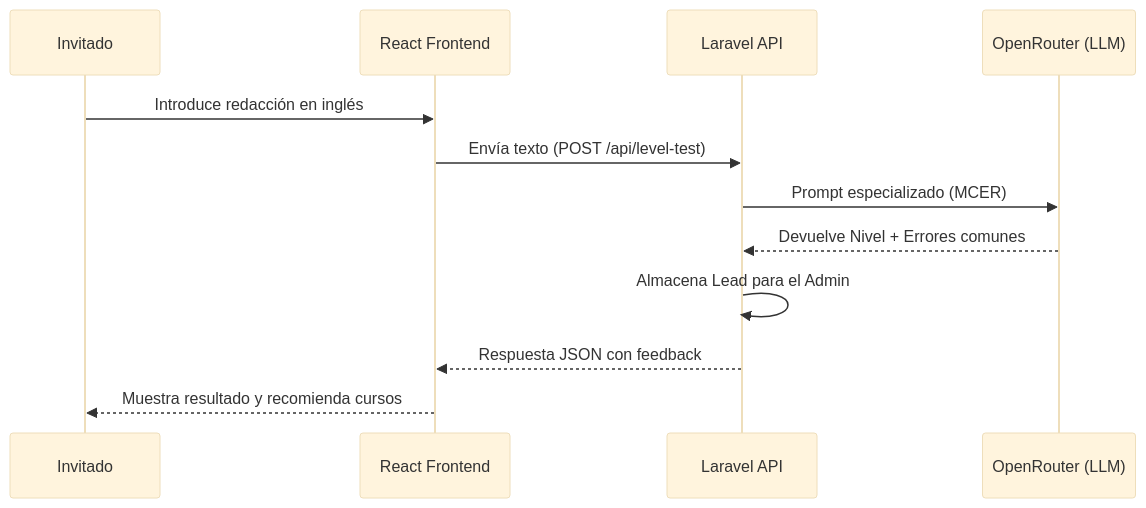
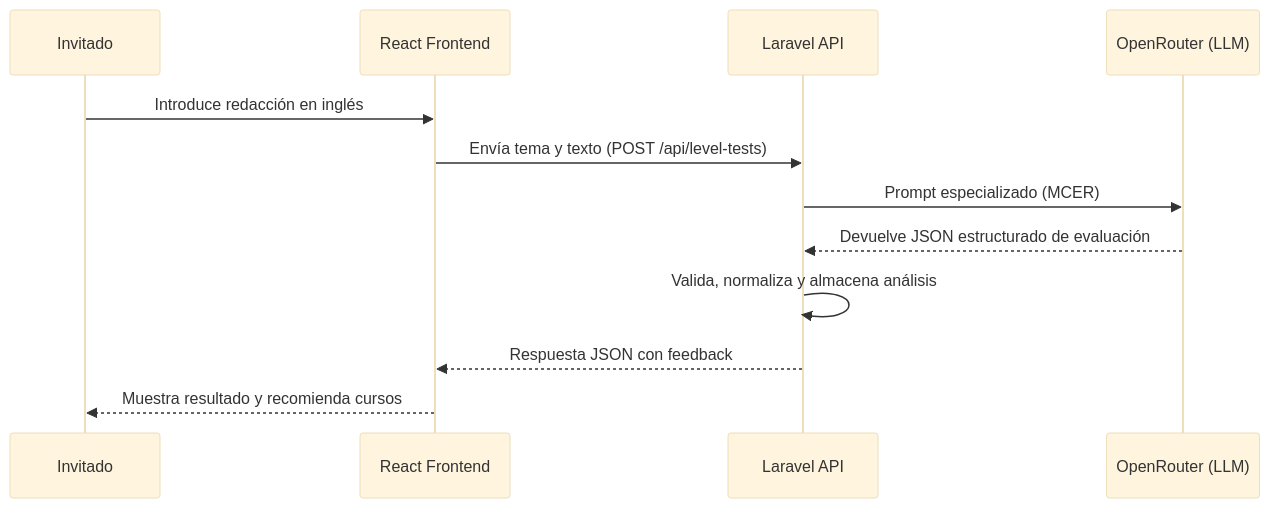
Before and after one commit to Lmrocio/Proyecto-final: the second of 2 diagrams in docs/05-diseno.md, drawn with Mermaid (base theme). The commit also changed other lines of this file and 54 other files, not shown here.

Commit message:
Implementar más test en backend + pruebas con test de nivel

````diff
--- a/docs/05-diseno.md
+++ b/docs/05-diseno.md
@@ -157,15 +161,15 @@
 ```mermaid
 sequenceDiagram
     participant U as Invitado
     participant F as React Frontend
     participant B as Laravel API
     participant AI as OpenRouter (LLM)
 
     U->>F: Introduce redacción en inglés
-    F->>B: Envía texto (POST /api/level-test)
+    F->>B: Envía tema y texto (POST /api/level-tests)
     B->>AI: Prompt especializado (MCER)
-    AI-->>B: Devuelve Nivel + Errores comunes
-    B->>B: Almacena Lead para el Admin
+    AI-->>B: Devuelve JSON estructurado de evaluación
+    B->>B: Valida, normaliza y almacena análisis
     B-->>F: Respuesta JSON con feedback
     F-->>U: Muestra resultado y recomienda cursos
 ```
````
